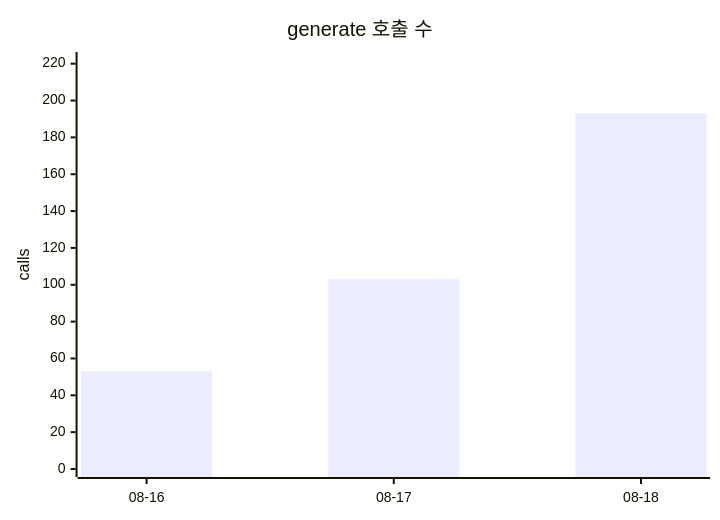
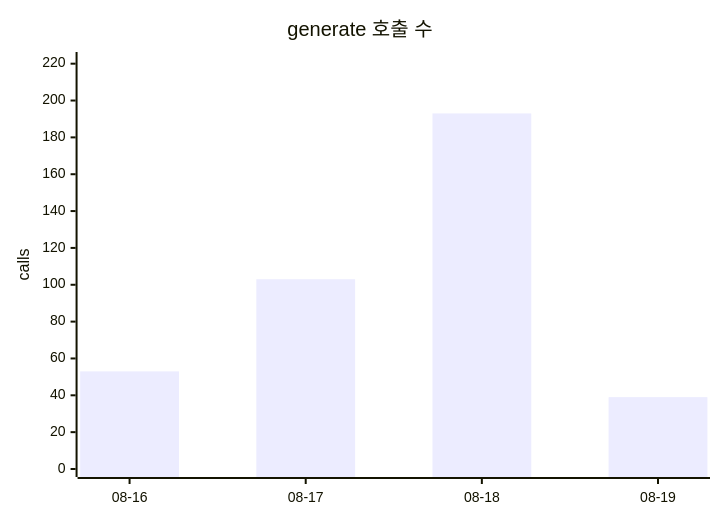
The first of 2 diagrams in docs/data/token-usage.md (userri/PinQ-backend), drawn with Mermaid before and after one commit. The commit also changed other lines of this file and 3 other files, not shown here.

````diff
--- a/docs/data/token-usage.md
+++ b/docs/data/token-usage.md
@@ -41,7 +44,7 @@
 ```mermaid
 xychart-beta
     title "generate 호출 수"
-    x-axis ["08-16", "08-17", "08-18"]
+    x-axis ["08-16", "08-17", "08-18", "08-19"]
     y-axis "calls" 0 --> 222
-    bar [53, 103, 193]
+    bar [53, 103, 193, 39]
 ```
````
